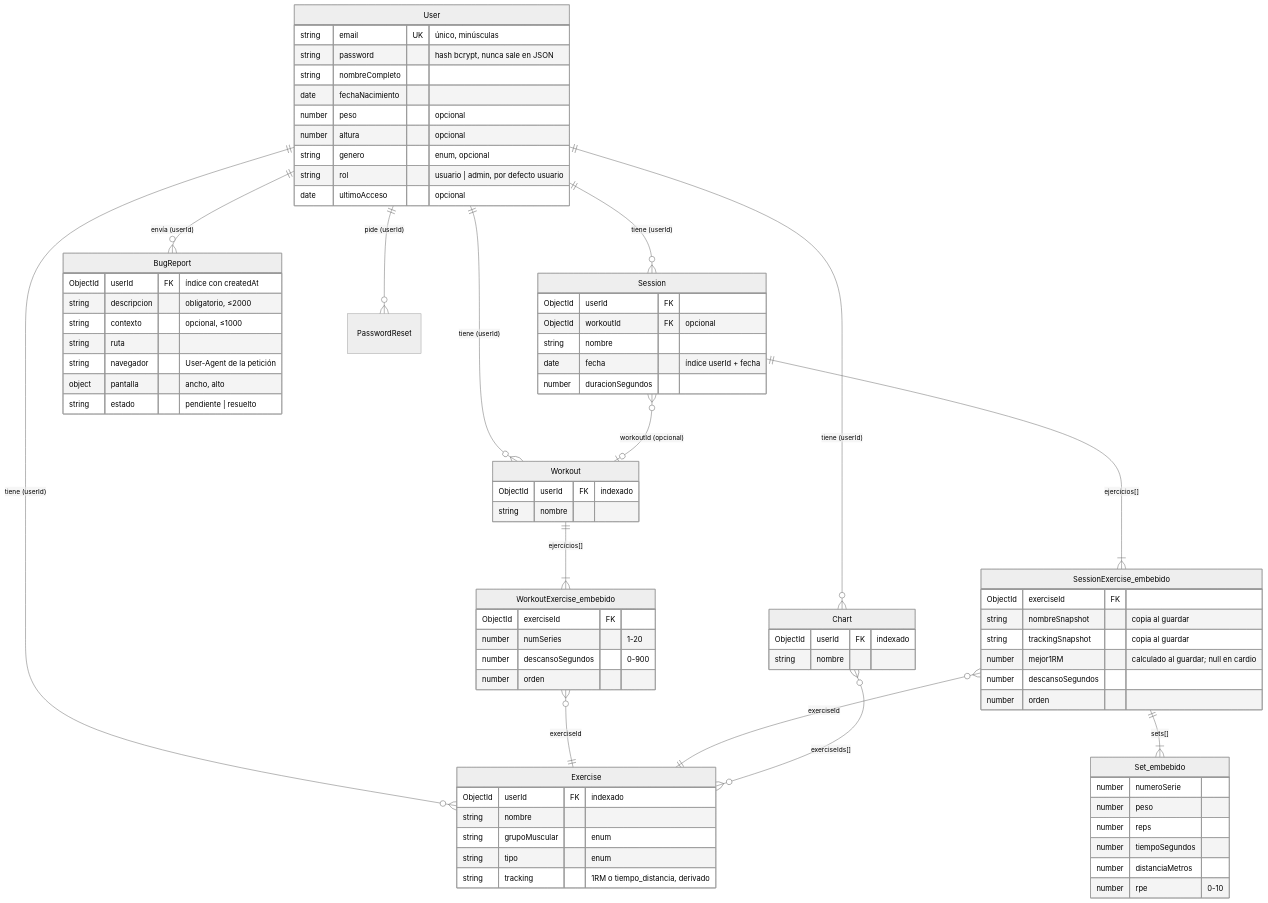
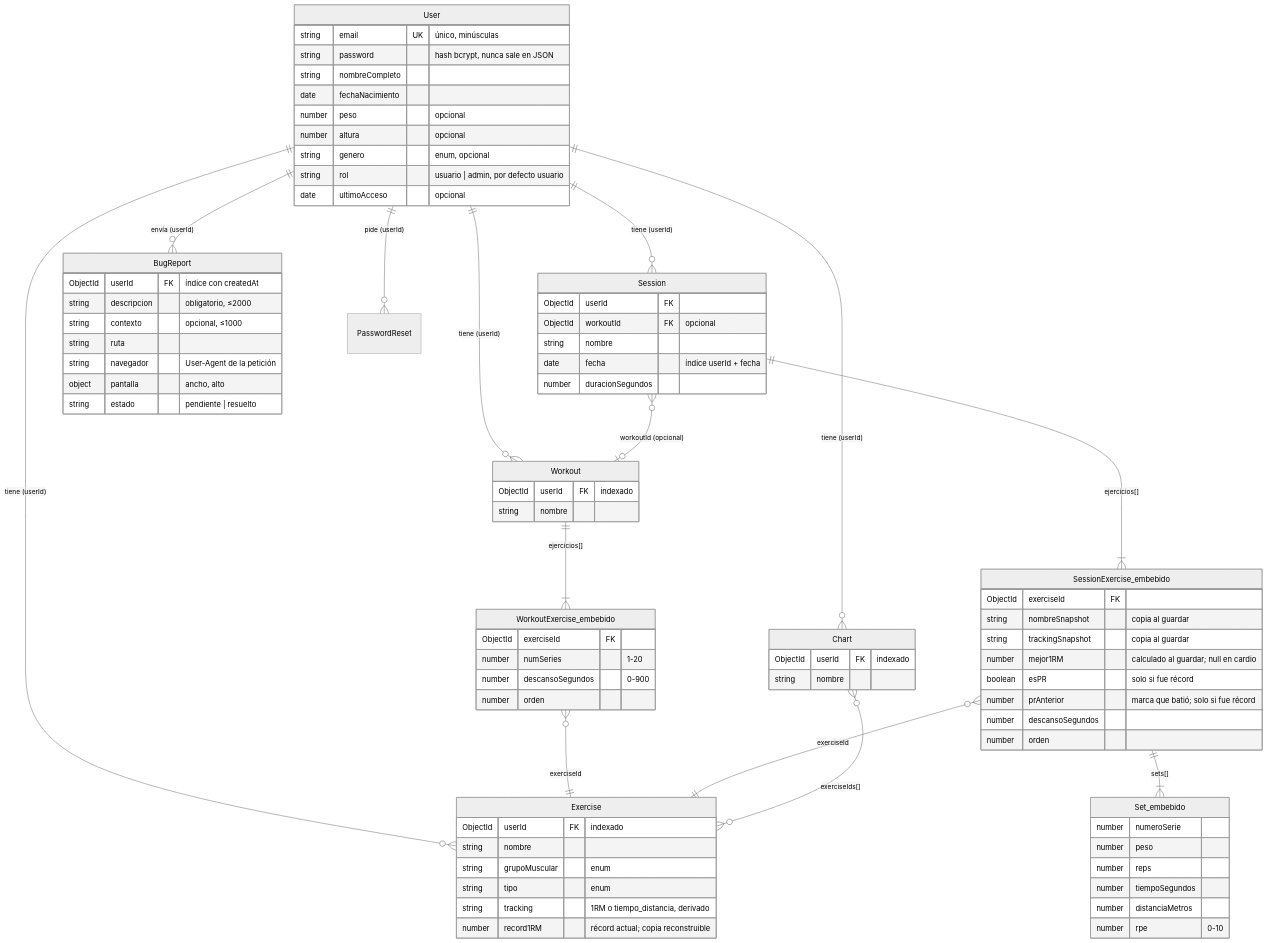
The first of 6 diagrams in docs/modelo-datos.md (daviddhernandez2/yieldfit), drawn with Mermaid (neutral theme) before and after one commit. The commit also changed other lines of this file and 1 other file, not shown here.

```diff
--- a/docs/modelo-datos.md
+++ b/docs/modelo-datos.md
@@ -45,6 +45,7 @@
         string grupoMuscular "enum"
         string tipo "enum"
         string tracking "1RM o tiempo_distancia, derivado"
+        number record1RM "récord actual; copia reconstruible"
     }
     Workout {
         ObjectId userId FK "indexado"
@@ -68,6 +69,8 @@
         string nombreSnapshot "copia al guardar"
         string trackingSnapshot "copia al guardar"
         number mejor1RM "calculado al guardar; null en cardio"
+        boolean esPR "solo si fue récord"
+        number prAnterior "marca que batió; solo si fue récord"
         number descansoSegundos
         number orden
     }
```
